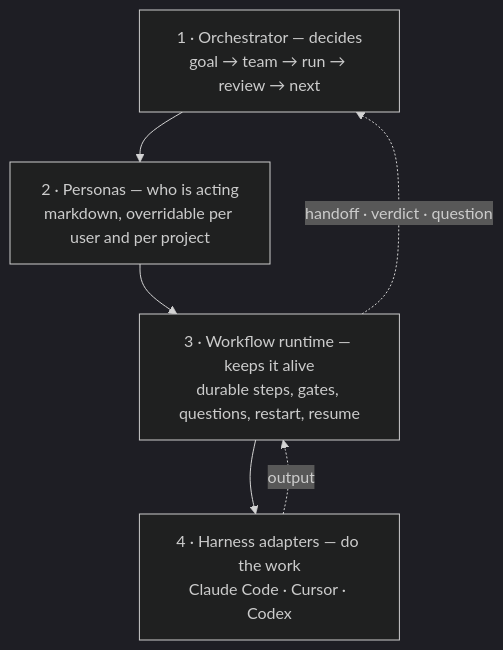
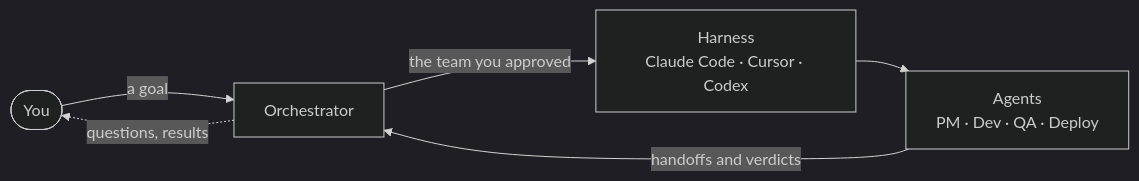
Before and after one commit to smekai/isotopy: the diagram in README.md, drawn with Mermaid (dark theme). The commit also changed other lines of this file and 10 other files, not shown here.

````diff
--- a/README.md
+++ b/README.md
@@ -114,11 +22,8 @@
 ```mermaid
-flowchart TB
-    L1["1 · Orchestrator — decides<br/>goal → team → run → review → next"]
-    L2["2 · Personas — who is acting<br/>markdown, overridable per user and per project"]
-    L3["3 · Workflow runtime — keeps it alive<br/>durable steps, gates, questions, restart, resume"]
-    L4["4 · Harness adapters — do the work<br/>Claude Code · Cursor · Codex"]
-
-    L1 --> L2 --> L3 --> L4
-    L4 -.->|"output"| L3
-    L3 -.->|"handoff · verdict · question"| L1
+flowchart LR
+    You(["You"]) -->|"a goal"| O["Orchestrator"]
+    O -->|"the team you approved"| H["Harness<br/>Claude Code · Cursor · Codex"]
+    H --> A["Agents<br/>PM · Dev · QA · Deploy"]
+    A -->|"handoffs and verdicts"| O
+    O -.->|"questions, results"| You
 ```
````
